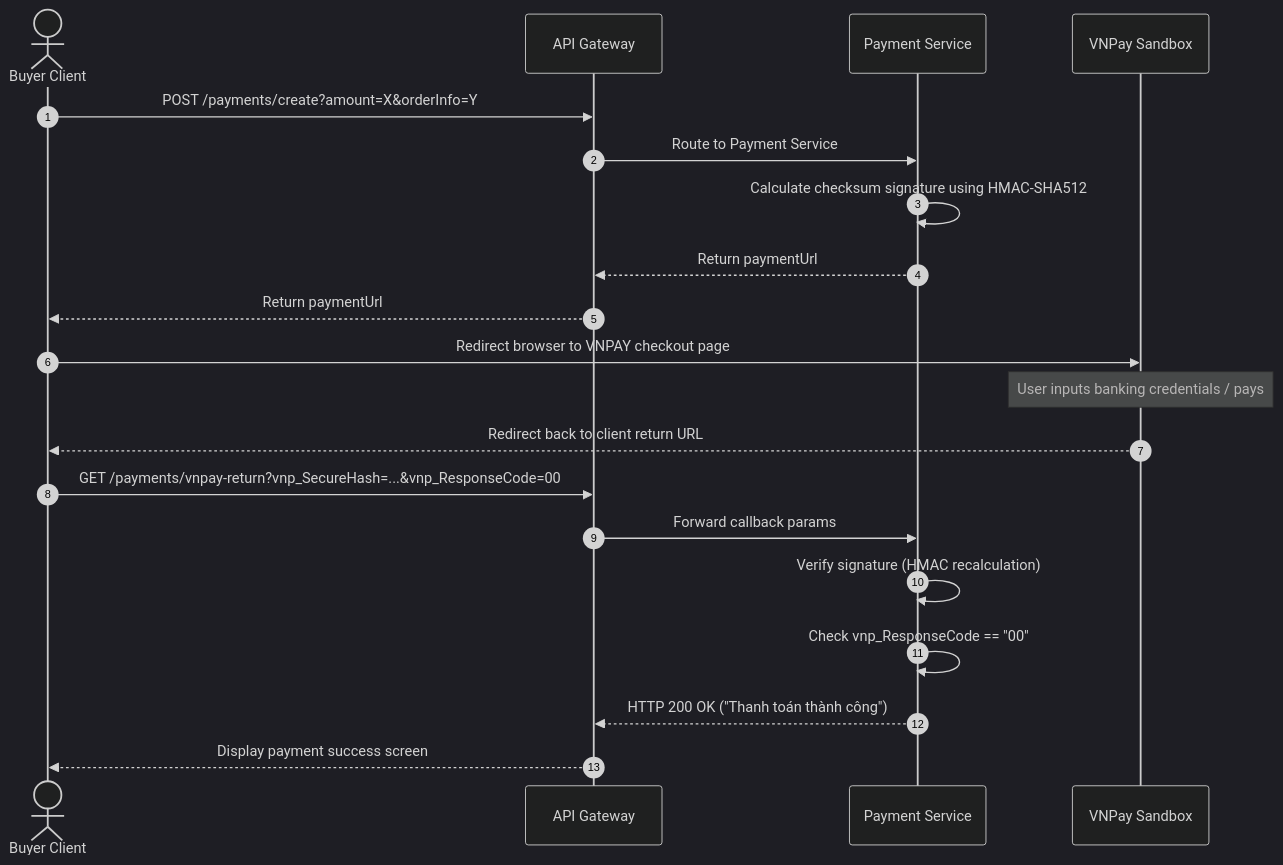
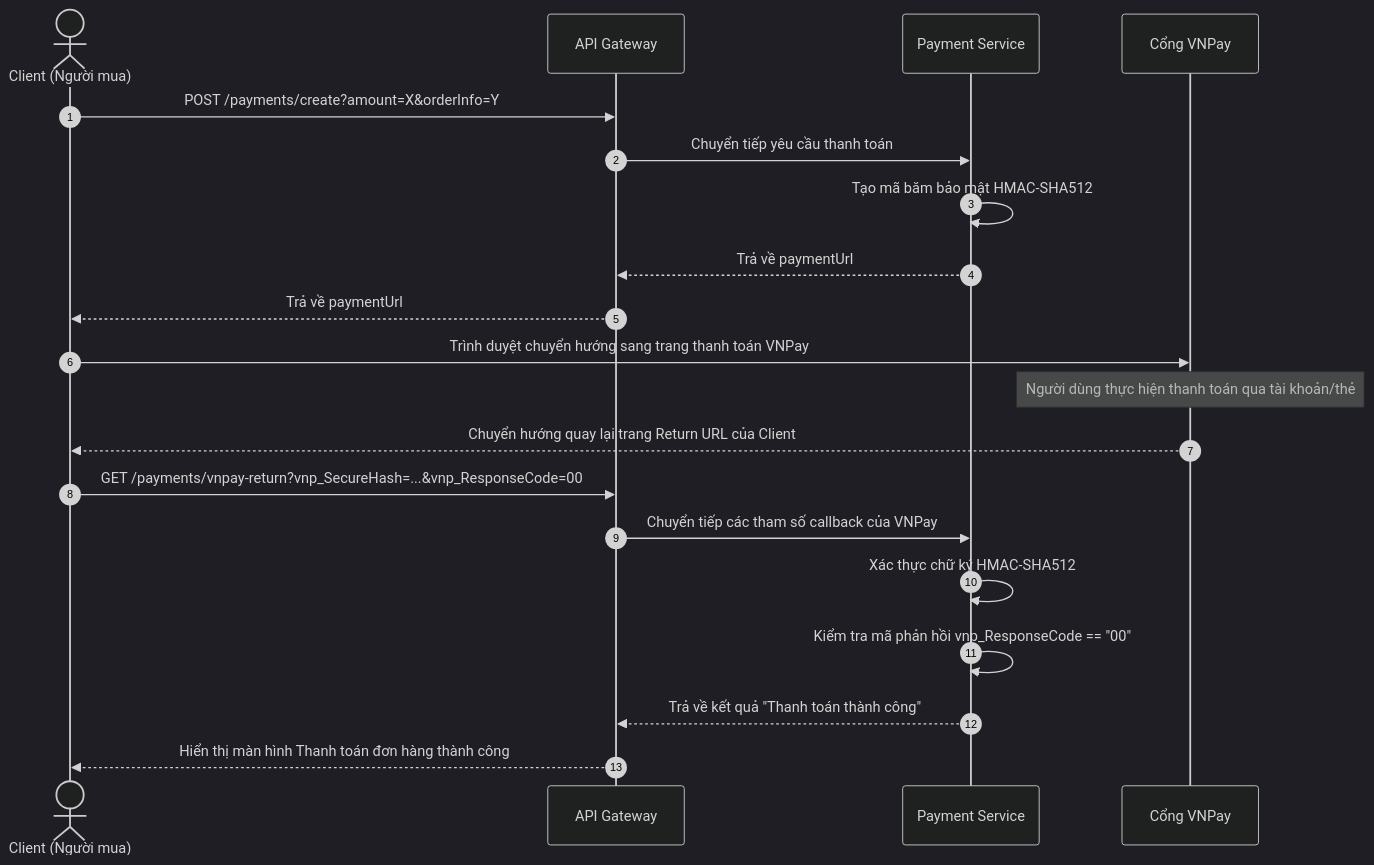
One commit to QuangPhuc18/ecommerce-microservices changed the fourth of 5 diagrams in docs/05-workflow.md. Above: the diagram before and after it, drawn with Mermaid (dark theme). The commit also changed other lines of this file and 8 other files, not shown here.

````diff
--- a/docs/05-workflow.md
+++ b/docs/05-workflow.md
@@ -179,25 +179,25 @@
 ```mermaid
 sequenceDiagram
     autonumber
-    actor Buyer as Buyer Client
+    actor Buyer as Client (Người mua)
     participant GW as API Gateway
     participant PM as Payment Service
-    participant VN as VNPay Sandbox
+    participant VN as Cổng VNPay
 
     Buyer->>GW: POST /payments/create?amount=X&orderInfo=Y
-    GW->>PM: Route to Payment Service
-    PM->>PM: Calculate checksum signature using HMAC-SHA512
-    PM-->>GW: Return paymentUrl
-    GW-->>Buyer: Return paymentUrl
+    GW->>PM: Chuyển tiếp yêu cầu thanh toán
+    PM->>PM: Tạo mã băm bảo mật HMAC-SHA512
+    PM-->>GW: Trả về paymentUrl
+    GW-->>Buyer: Trả về paymentUrl
     
-    Buyer->>VN: Redirect browser to VNPAY checkout page
-    Note over VN: User inputs banking credentials / pays
-    VN-->>Buyer: Redirect back to client return URL
+    Buyer->>VN: Trình duyệt chuyển hướng sang trang thanh toán VNPay
+    Note over VN: Người dùng thực hiện thanh toán qua tài khoản/thẻ
+    VN-->>Buyer: Chuyển hướng quay lại trang Return URL của Client
     
     Buyer->>GW: GET /payments/vnpay-return?vnp_SecureHash=...&vnp_ResponseCode=00
-    GW->>PM: Forward callback params
-    PM->>PM: Verify signature (HMAC recalculation)
-    PM->>PM: Check vnp_ResponseCode == "00"
-    PM-->>GW: HTTP 200 OK ("Thanh toán thành công")
-    GW-->>Buyer: Display payment success screen
+    GW->>PM: Chuyển tiếp các tham số callback của VNPay
+    PM->>PM: Xác thực chữ ký HMAC-SHA512
+    PM->>PM: Kiểm tra mã phản hồi vnp_ResponseCode == "00"
+    PM-->>GW: Trả về kết quả "Thanh toán thành công"
+    GW-->>Buyer: Hiển thị màn hình Thanh toán đơn hàng thành công
 ```
````
